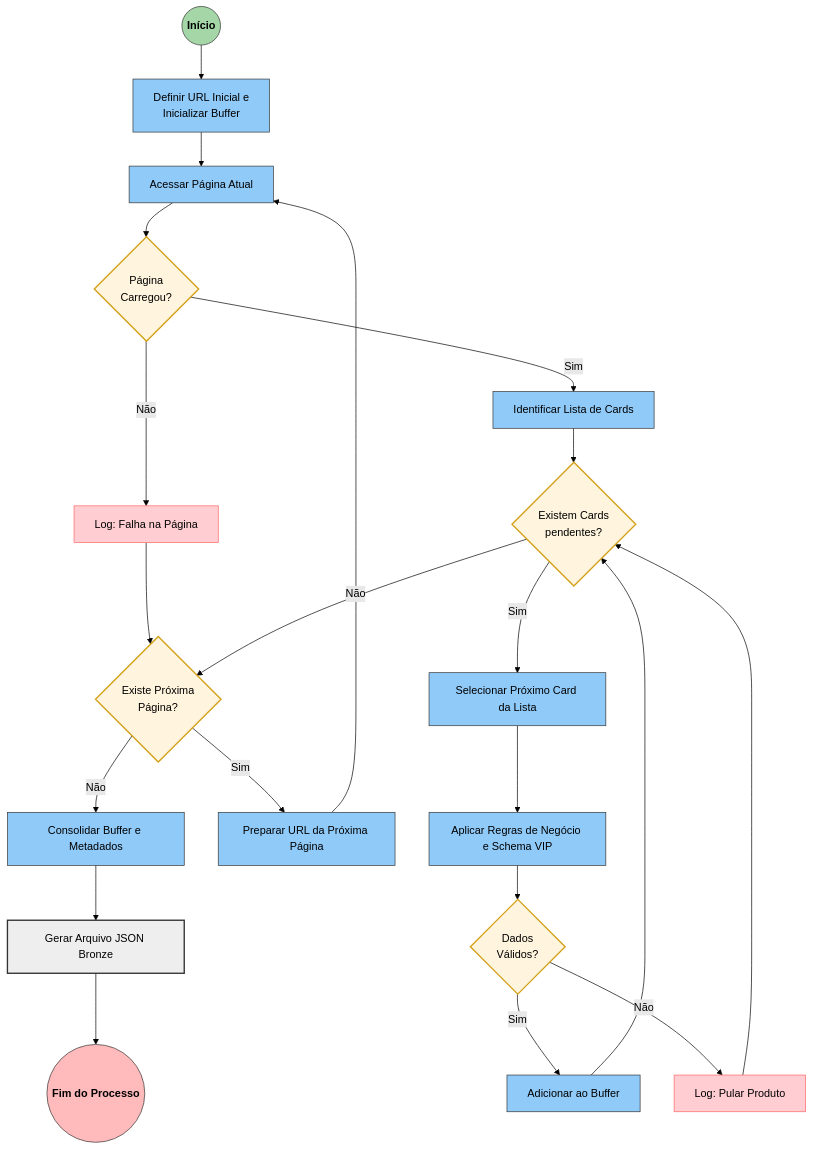
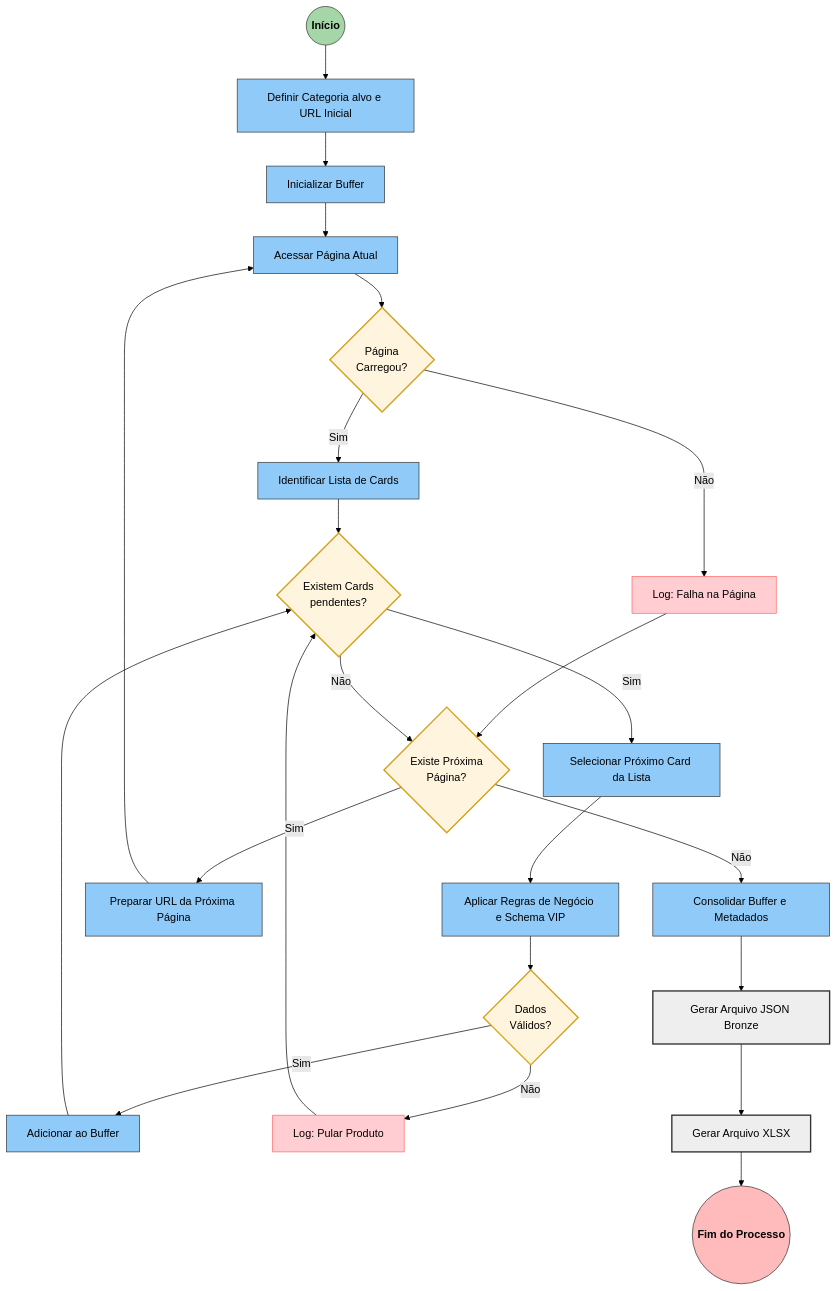
One commit to mvinis/monitoramento-precos-magalu changed the first of 3 diagrams in README.md. Above: the diagram before and after it, drawn with Mermaid (forest theme). The commit also changed other lines of this file, not shown here.

Commit message:
feat: atualização dos diagramas de flowchart e sequência

````diff
--- a/README.md
+++ b/README.md
@@ -13,42 +13,44 @@
 ```mermaid
 graph TD
     %% Estilos
     classDef start fill:#a5d6a7,stroke:#333,color:#000,font-weight:bold;
     classDef process fill:#90caf9,stroke:#333,color:#000,stroke-width:1px;
     classDef decision fill:#fff4dd,stroke:#d4a017,color:#000,stroke-width:2px;
     classDef error fill:#ffcdd2,stroke:#f66,color:#000,stroke-width:1px;
     classDef storage fill:#eeeeee,stroke:#333,color:#000,stroke-width:2px;
     classDef final fill:#fbb,stroke:#333,color:#000,font-weight:bold;
 
-    Start((Início)):::start --> Config[Definir URL Inicial e<br/>Inicializar Buffer]:::process
+    Start((Início)):::start --> Config[Definir Categoria alvo e URL Inicial]:::process
 
-    Config --> AccessPage[Acessar Página Atual]:::process
+    Config --> iniatilizeBuffer[Inicializar Buffer]:::process
+    iniatilizeBuffer --> AccessPage[Acessar Página Atual]:::process
     AccessPage --> SuccessPage{Página<br/>Carregou?}:::decision
 
     SuccessPage -- Não --> LogPageErr[Log: Falha na Página]:::error
     LogPageErr --> HasNext
 
     SuccessPage -- Sim --> FindCards[Identificar Lista de Cards]:::process
 
     FindCards --> CheckCards{Existem Cards<br/>pendentes?}:::decision
 
     CheckCards -- Sim --> PickNext[Selecionar Próximo Card da Lista]:::process
     PickNext --> Extract[Aplicar Regras de Negócio e Schema VIP]:::process
 
     Extract --> ValidData{Dados<br/>Válidos?}:::decision
 
     ValidData -- Sim --> AddBuffer[Adicionar ao Buffer]:::process
     ValidData -- Não --> LogProdErr[Log: Pular Produto]:::error
 
     LogProdErr --> CheckCards
     AddBuffer --> CheckCards
 
     CheckCards -- Não --> HasNext{Existe Próxima<br/>Página?}:::decision
 
     HasNext -- Sim --> NextURL[Preparar URL da Próxima Página]:::process
     NextURL --> AccessPage
 
     HasNext -- Não --> Aggregation[Consolidar Buffer e Metadados]:::process
     Aggregation --> SaveJSON[Gerar Arquivo JSON Bronze]:::storage
-    SaveJSON --> End((Fim do Processo)):::final
+    SaveJSON --> SaveXLSX[Gerar Arquivo XLSX]:::storage
+    SaveXLSX --> End((Fim do Processo)):::final
 ```
````
